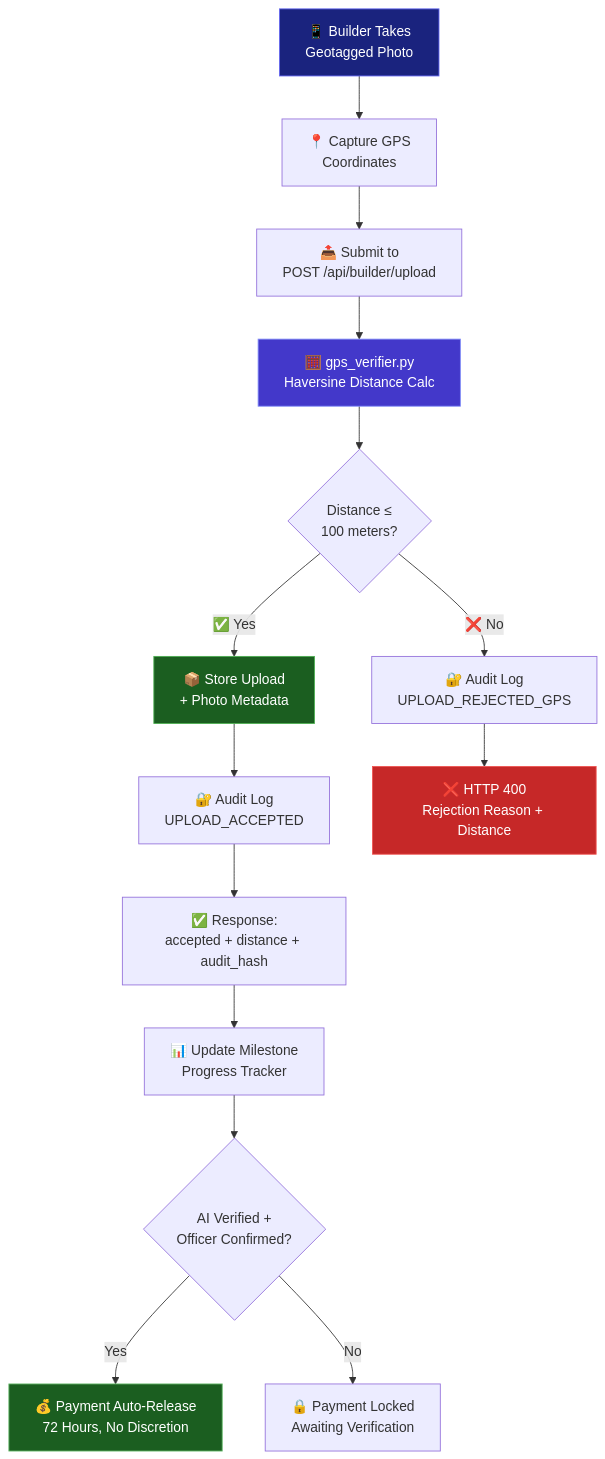
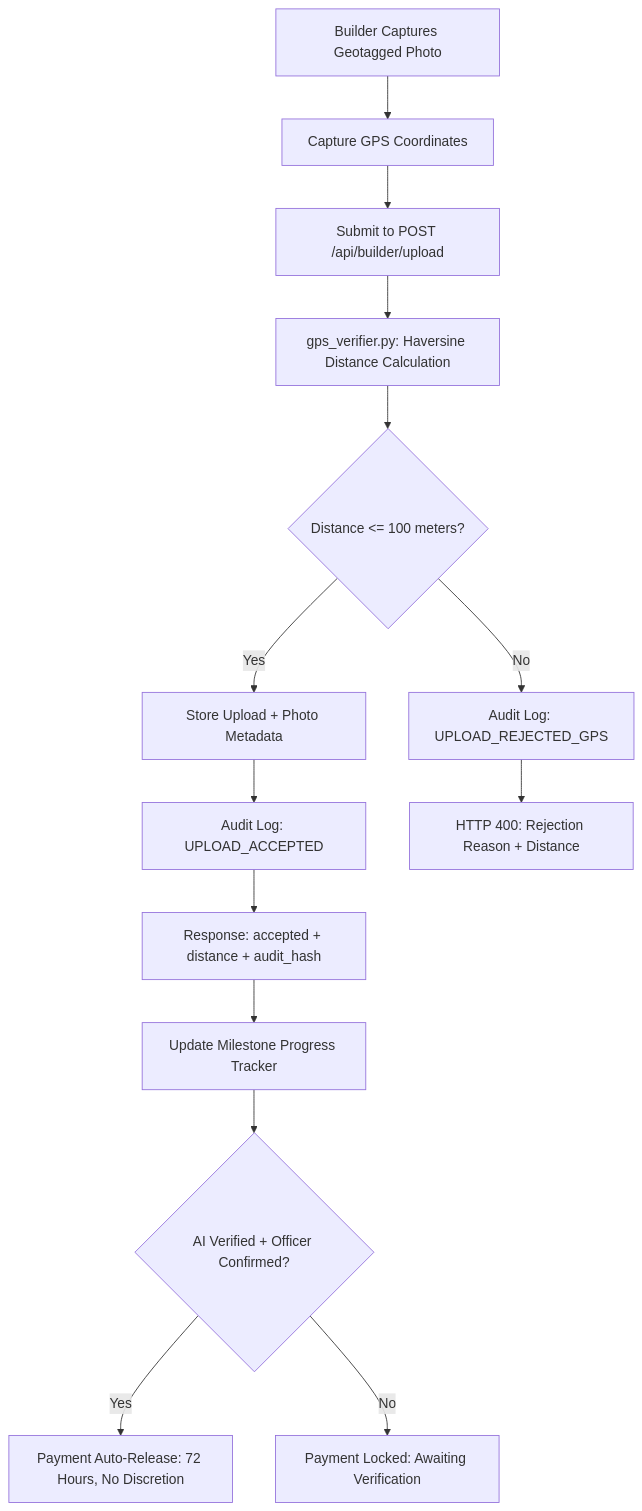
Before and after one commit to SIBAM890/Nyayadarsi: the fourth of 6 diagrams in README.md, drawn with Mermaid. The commit also changed other lines of this file, not shown here.

Commit message:
docs: update README with refreshed architecture, project details, and workflow diagrams

````diff
--- a/README.md
+++ b/README.md
@@ -171,25 +152,19 @@
 ```mermaid
 flowchart TD
-    A["📱 Builder Takes<br/>Geotagged Photo"] --> B["📍 Capture GPS<br/>Coordinates"]
-    B --> C["📤 Submit to<br/>POST /api/builder/upload"]
-    C --> D["🧮 gps_verifier.py<br/>Haversine Distance Calc"]
-    D --> E{"Distance ≤<br/>100 meters?"}
+    A["Builder Captures Geotagged Photo"] --> B["Capture GPS Coordinates"]
+    B --> C["Submit to POST /api/builder/upload"]
+    C --> D["gps_verifier.py: Haversine Distance Calculation"]
+    D --> E{"Distance <= 100 meters?"}
 
-    E -->|"✅ Yes"| F["📦 Store Upload<br/>+ Photo Metadata"]
-    F --> G["🔐 Audit Log<br/>UPLOAD_ACCEPTED"]
-    G --> H["✅ Response:<br/>accepted + distance + audit_hash"]
+    E -->|Yes| F["Store Upload + Photo Metadata"]
+    F --> G["Audit Log: UPLOAD_ACCEPTED"]
+    G --> H["Response: accepted + distance + audit_hash"]
 
-    E -->|"❌ No"| I["🔐 Audit Log<br/>UPLOAD_REJECTED_GPS"]
-    I --> J["❌ HTTP 400<br/>Rejection Reason + Distance"]
+    E -->|No| I["Audit Log: UPLOAD_REJECTED_GPS"]
+    I --> J["HTTP 400: Rejection Reason + Distance"]
 
-    H --> K["📊 Update Milestone<br/>Progress Tracker"]
-    K --> L{"AI Verified +<br/>Officer Confirmed?"}
-    L -->|Yes| M["💰 Payment Auto-Release<br/>72 Hours, No Discretion"]
-    L -->|No| N["🔒 Payment Locked<br/>Awaiting Verification"]
-
-    style A fill:#1a237e,stroke:#6366f1,color:#fff
-    style D fill:#4338ca,stroke:#818cf8,color:#fff
-    style F fill:#1b5e20,stroke:#4caf50,color:#fff
-    style J fill:#c62828,stroke:#ef5350,color:#fff
-    style M fill:#1b5e20,stroke:#66bb6a,color:#fff
+    H --> K["Update Milestone Progress Tracker"]
+    K --> L{"AI Verified + Officer Confirmed?"}
+    L -->|Yes| M["Payment Auto-Release: 72 Hours, No Discretion"]
+    L -->|No| N["Payment Locked: Awaiting Verification"]
 ```
````
